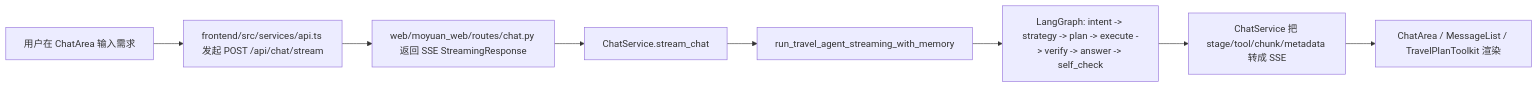
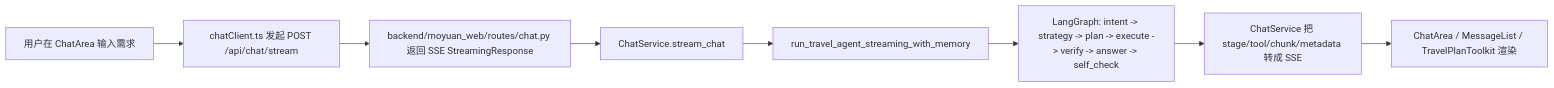
One commit to woodmeone/BitBlanket-Travel-Agent changed the diagram in docs/getting-started/ai-travel-agent-zero-to-one.md. Above: the diagram before and after it, drawn with Mermaid. The commit also changed other lines of this file and 266 other files, not shown here.

````diff
--- a/docs/getting-started/ai-travel-agent-zero-to-one.md
+++ b/docs/getting-started/ai-travel-agent-zero-to-one.md
@@ -74,10 +74,10 @@
 ```mermaid
 flowchart LR
-  A["用户在 ChatArea 输入需求"] --> B["frontend/src/services/api.ts 发起 POST /api/chat/stream"]
-  B --> C["web/moyuan_web/routes/chat.py 返回 SSE StreamingResponse"]
+  A["用户在 ChatArea 输入需求"] --> B["chatClient.ts 发起 POST /api/chat/stream"]
+  B --> C["backend/moyuan_web/routes/chat.py 返回 SSE StreamingResponse"]
   C --> D["ChatService.stream_chat"]
   D --> E["run_travel_agent_streaming_with_memory"]
   E --> F["LangGraph: intent -> strategy -> plan -> execute -> verify -> answer -> self_check"]
   F --> G["ChatService 把 stage/tool/chunk/metadata 转成 SSE"]
   G --> H["ChatArea / MessageList / TravelPlanToolkit 渲染"]
 ```
````
